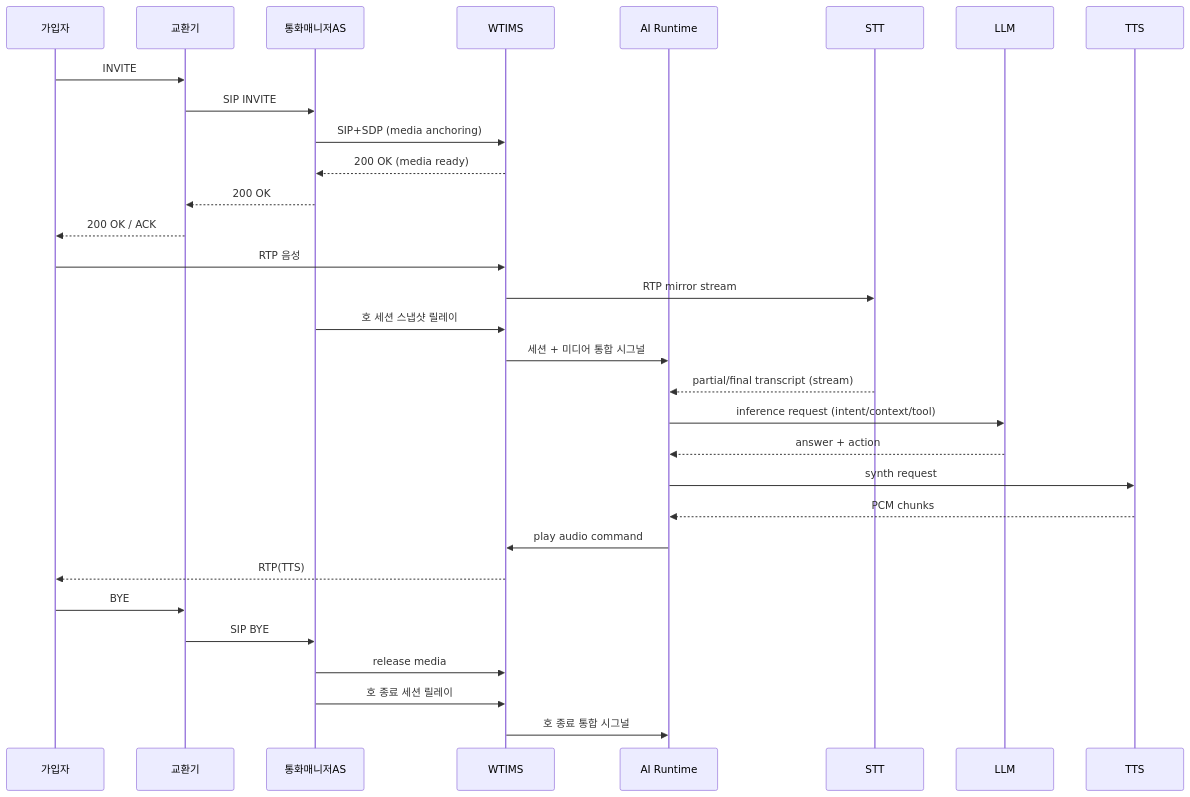
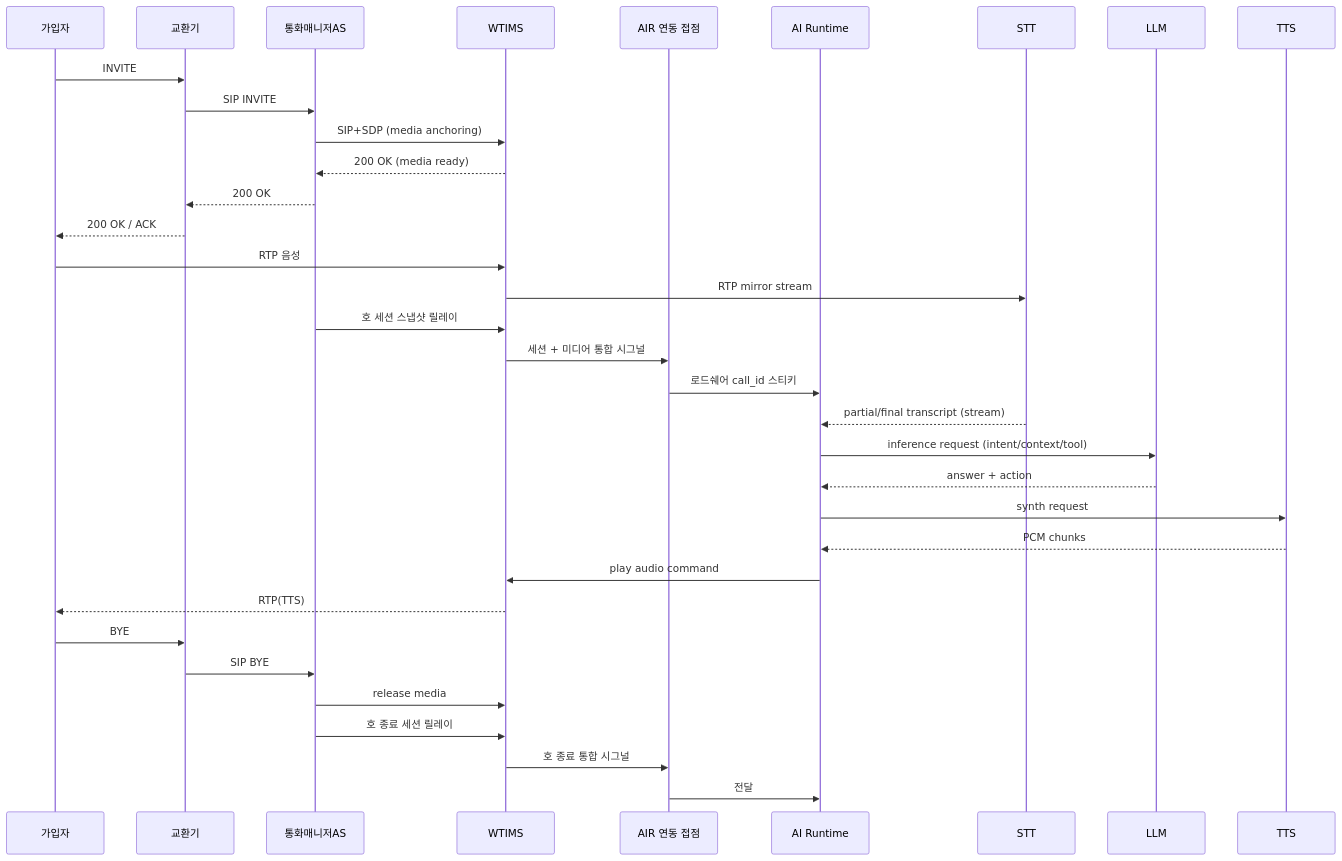
One commit to hak023/agentic_ai_callbot changed the third of 5 diagrams in docs/architecture/production-deployment-architecture.md. Above: the diagram before and after it, drawn with Mermaid. The commit also changed other lines of this file, not shown here.

Commit message:
docs(architecture): production-deployment-architecture sip-pbx와 동기화(EMS 대표 VIP·기타 누적)

````diff
--- a/docs/architecture/production-deployment-architecture.md
+++ b/docs/architecture/production-deployment-architecture.md
@@ -507,36 +590,39 @@
 ```mermaid
 sequenceDiagram
     participant U as 가입자
     participant EX as 교환기
     participant CM as 통화매니저AS
     participant WT as WTIMS
+    participant GW as AIR 연동 접점
     participant AIR as AI Runtime
     participant STT as STT
     participant LLM as LLM
     participant TTS as TTS
 
     U->>EX: INVITE
     EX->>CM: SIP INVITE
     CM->>WT: SIP+SDP (media anchoring)
     WT-->>CM: 200 OK (media ready)
     CM-->>EX: 200 OK
     EX-->>U: 200 OK / ACK
 
     U->>WT: RTP 음성
     WT->>STT: RTP mirror stream
     CM->>WT: 호 세션 스냅샷 릴레이
-    WT->>AIR: 세션 + 미디어 통합 시그널
+    WT->>GW: 세션 + 미디어 통합 시그널
+    GW->>AIR: 로드쉐어 call_id 스티키
     STT-->>AIR: partial/final transcript (stream)
     AIR->>LLM: inference request (intent/context/tool)
     LLM-->>AIR: answer + action
     AIR->>TTS: synth request
     TTS-->>AIR: PCM chunks
     AIR->>WT: play audio command
     WT-->>U: RTP(TTS)
 
     U->>EX: BYE
     EX->>CM: SIP BYE
     CM->>WT: release media
     CM->>WT: 호 종료 세션 릴레이
-    WT->>AIR: 호 종료 통합 시그널
+    WT->>GW: 호 종료 통합 시그널
+    GW->>AIR: 전달
 ```
````
